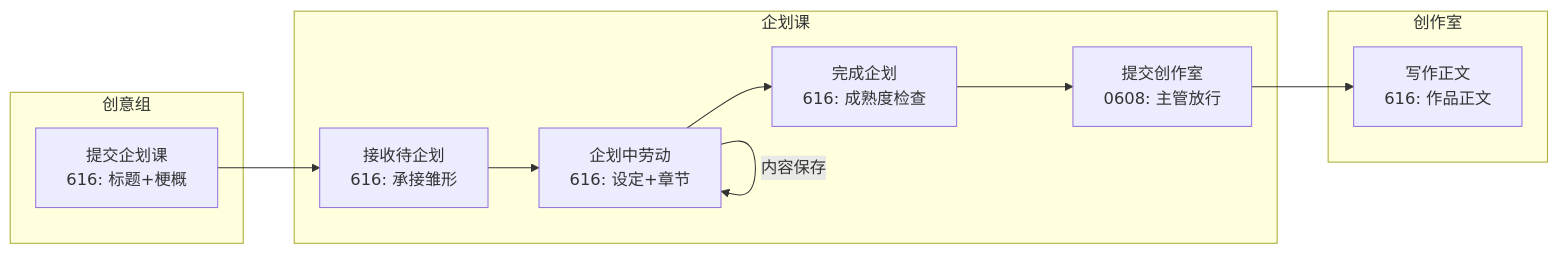
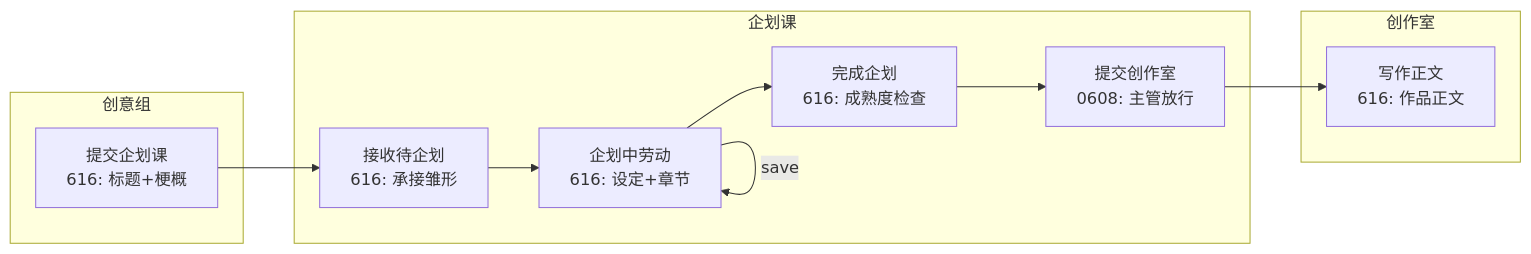
The diagram in docs/design/0608-616-coordination-draft.md (weiwei929/novel-writer), drawn with Mermaid before and after one commit. The commit also changed other lines of this file, not shown here.

````diff
--- a/docs/design/0608-616-coordination-draft.md
+++ b/docs/design/0608-616-coordination-draft.md
@@ -105,19 +175,19 @@
 ```mermaid
 flowchart LR
   subgraph 创意组
     A[提交企划课<br/>616: 标题+梗概]
   end
   subgraph 企划课
     B[接收待企划<br/>616: 承接雏形]
     C[企划中劳动<br/>616: 设定+章节]
     D[完成企划<br/>616: 成熟度检查]
     E[提交创作室<br/>0608: 主管放行]
   end
   subgraph 创作室
     F[写作正文<br/>616: 作品正文]
   end
 
   A --> B --> C
-  C -->|内容保存| C
+  C -->|save| C
   C --> D --> E --> F
 ```
````
